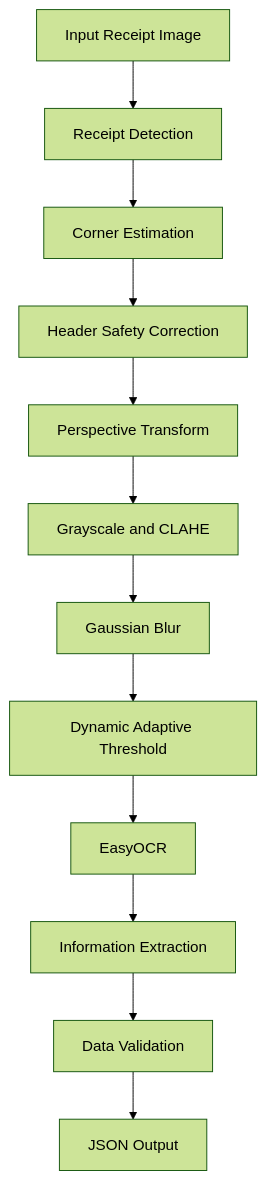
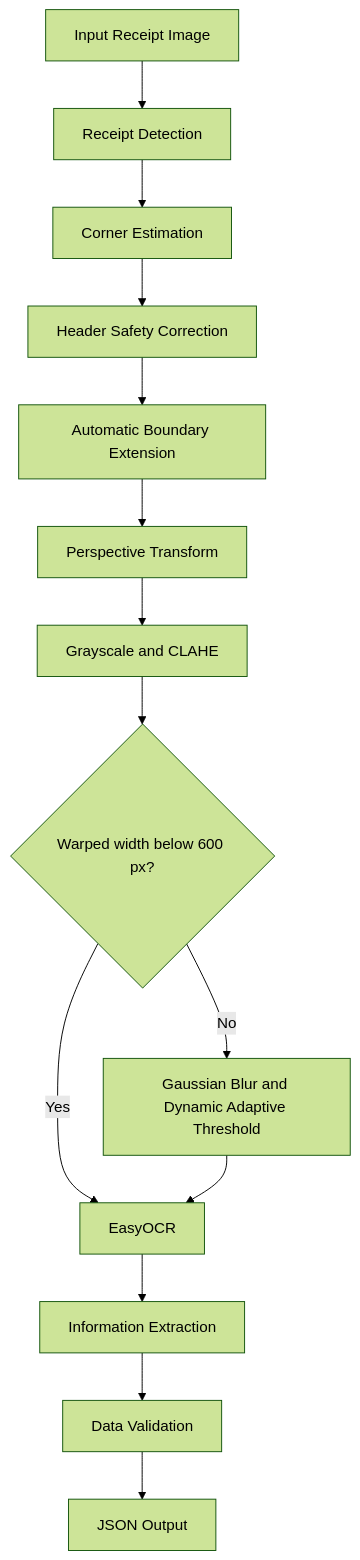
The diagram in README.md (Junyechan/RecieptVision-KW), drawn with Mermaid (forest theme) before and after one commit. The commit also changed other lines of this file and 4 other files, not shown here.

Commit message:
feat: V5.4 hybrid preprocessing and automatic boundary extension (#7)

````diff
--- a/README.md
+++ b/README.md
@@ -28,14 +29,16 @@
 ```mermaid
 flowchart TD
     A[Input Receipt Image] --> B[Receipt Detection]
     B --> C[Corner Estimation]
     C --> D[Header Safety Correction]
-    D --> E[Perspective Transform]
+    D --> X[Automatic Boundary Extension]
+    X --> E[Perspective Transform]
     E --> F[Grayscale and CLAHE]
-    F --> G[Gaussian Blur]
-    G --> H[Dynamic Adaptive Threshold]
-    H --> I[EasyOCR]
+    F --> G{Warped width below 600 px?}
+    G -->|Yes| I[EasyOCR]
+    G -->|No| H[Gaussian Blur and Dynamic Adaptive Threshold]
+    H --> I
     I --> J[Information Extraction]
     J --> K[Data Validation]
     K --> L[JSON Output]
 ```
````
